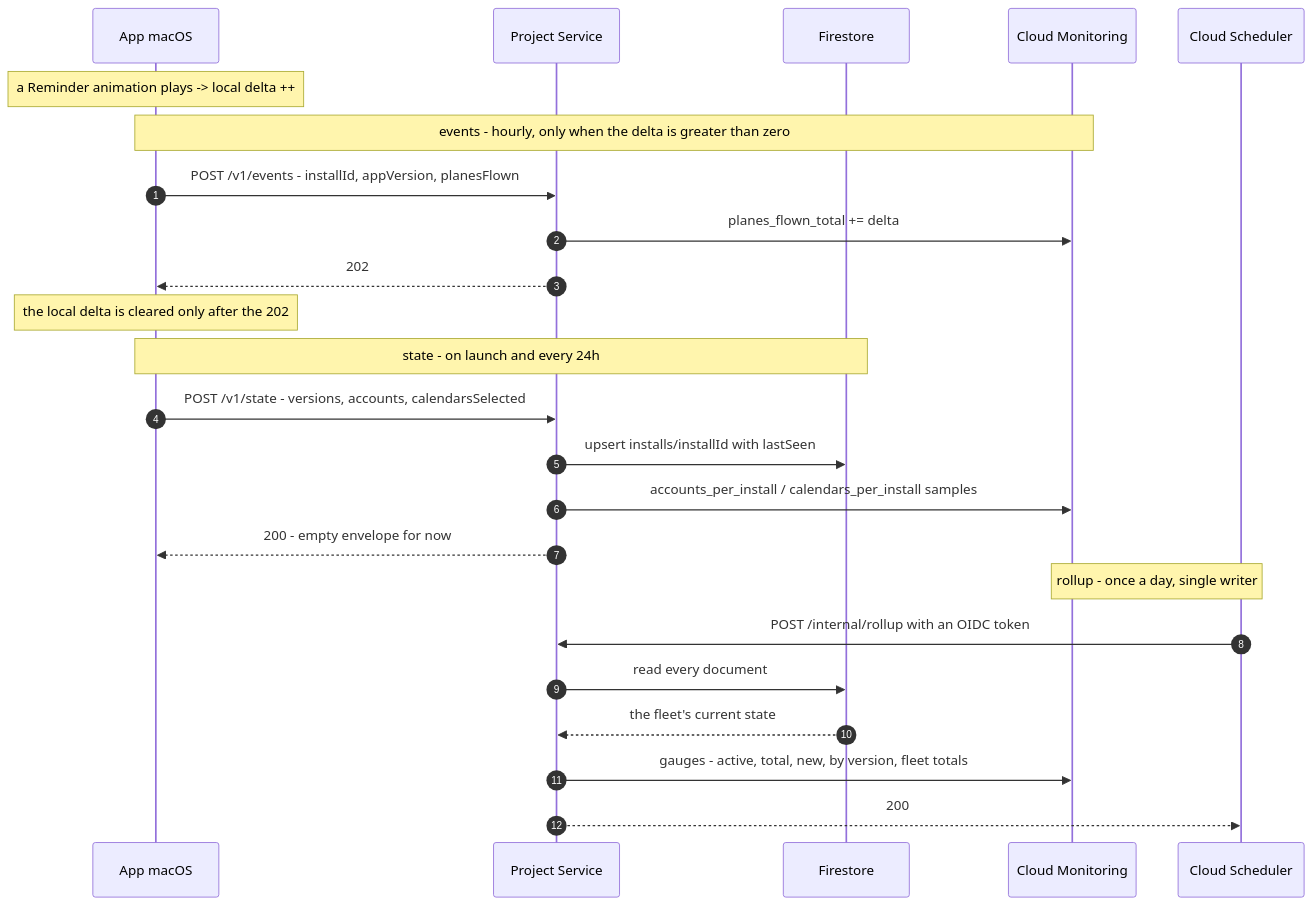
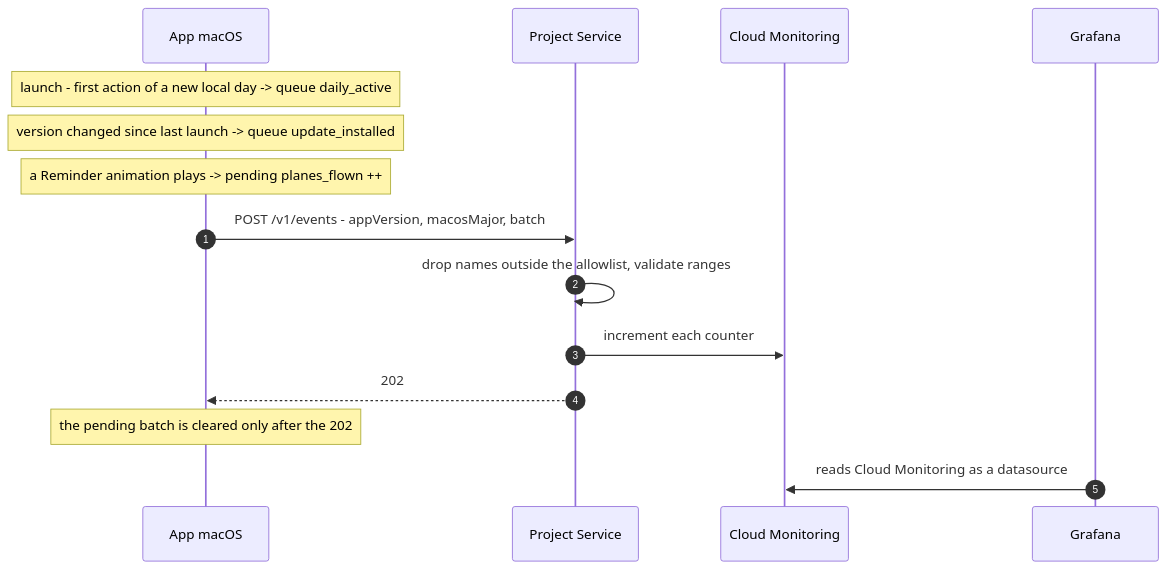
The diagram in docs/design/AYD-012-observability-project-service.md (silvioubaldino/cal-reminder), drawn with Mermaid before and after one commit. The commit also changed other lines of this file and 8 other files, not shown here.

````diff
--- a/docs/design/AYD-012-observability-project-service.md
+++ b/docs/design/AYD-012-observability-project-service.md
@@ -257,30 +217,20 @@
 ```mermaid
 sequenceDiagram
     autonumber
     participant A as App macOS
     participant S as Project Service
-    participant F as Firestore
     participant M as Cloud Monitoring
-    participant C as Cloud Scheduler
+    participant G as Grafana
 
-    Note over A: a Reminder animation plays -> local delta ++
+    Note over A: launch - first action of a new local day -> queue daily_active
+    Note over A: version changed since last launch -> queue update_installed
+    Note over A: a Reminder animation plays -> pending planes_flown ++
 
-    Note over A,M: events - hourly, only when the delta is greater than zero
-    A->>S: POST /v1/events - installId, appVersion, planesFlown
-    S->>M: planes_flown_total += delta
+    A->>S: POST /v1/events - appVersion, macosMajor, batch
+    S->>S: drop names outside the allowlist, validate ranges
+    S->>M: increment each counter
     S-->>A: 202
-    Note over A: the local delta is cleared only after the 202
+    Note over A: the pending batch is cleared only after the 202
 
-    Note over A,F: state - on launch and every 24h
-    A->>S: POST /v1/state - versions, accounts, calendarsSelected
-    S->>F: upsert installs/installId with lastSeen
-    S->>M: accounts_per_install / calendars_per_install samples
-    S-->>A: 200 - empty envelope for now
-
-    Note over C,M: rollup - once a day, single writer
-    C->>S: POST /internal/rollup with an OIDC token
-    S->>F: read every document
-    F-->>S: the fleet's current state
-    S->>M: gauges - active, total, new, by version, fleet totals
-    S-->>C: 200
+    G->>M: reads Cloud Monitoring as a datasource
 ```
````
